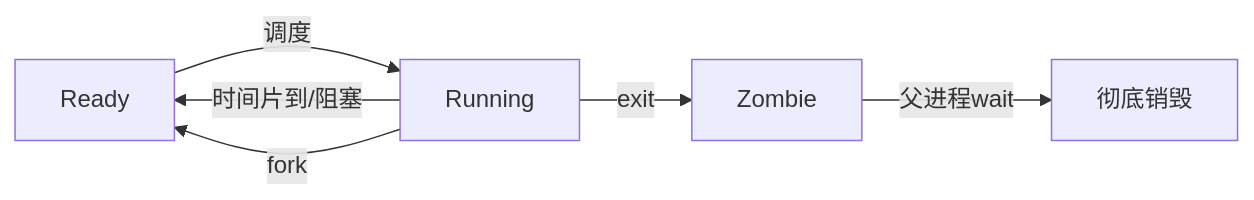
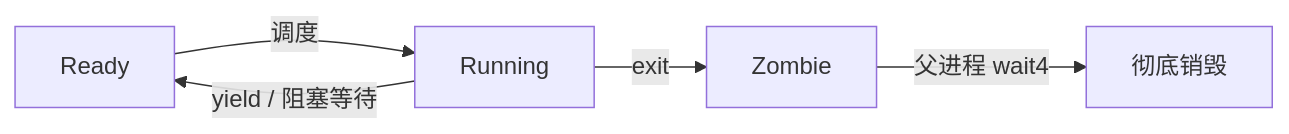
One commit to AM-SuSh/EVOLVE changed the diagram in os-lab/labs/answers/lab4-answers.md. Above: the diagram before and after it, drawn with Mermaid. The commit also changed other lines of this file and 3 other files, not shown here.

````diff
--- a/os-lab/labs/answers/lab4-answers.md
+++ b/os-lab/labs/answers/lab4-answers.md
@@ -32,8 +32,7 @@
 ```mermaid
 graph LR
     Ready -->|调度| Running
-    Running -->|时间片到/阻塞| Ready
-    Running -->|fork| Ready
+    Running -->|yield / 阻塞等待| Ready
     Running -->|exit| Zombie
-    Zombie -->|父进程wait| Gone["彻底销毁"]
+    Zombie -->|父进程 wait4| Gone["彻底销毁"]
 ```
````
